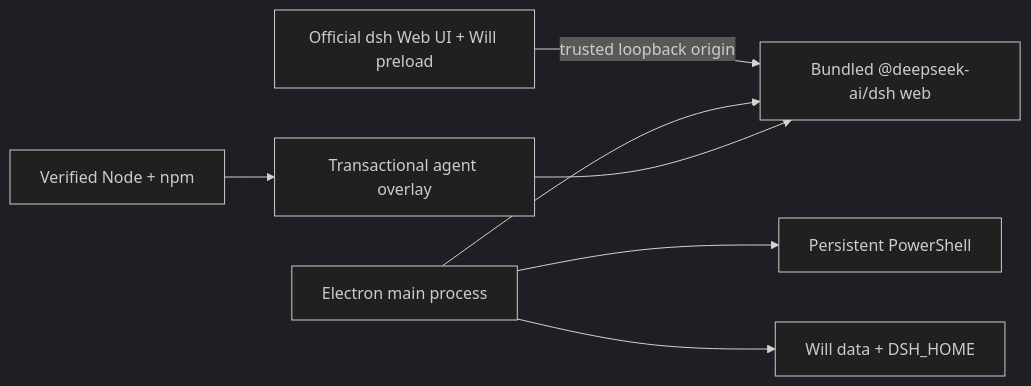
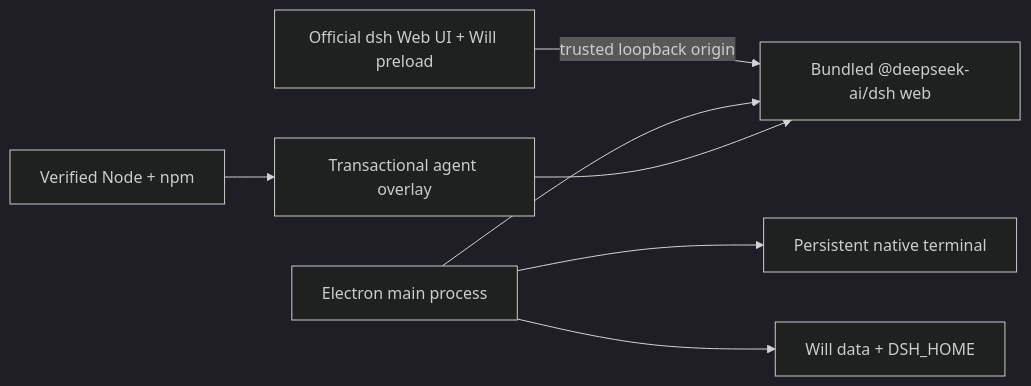
The diagram in README.md (vagaryyuofficial/DeepSeek-Harness-Will), drawn with Mermaid (dark theme) before and after one commit. The commit also changed other lines of this file and 19 other files, not shown here.

````diff
--- a/README.md
+++ b/README.md
@@ -35,9 +39,9 @@
 ```mermaid
 flowchart LR
   UI["Official dsh Web UI + Will preload"] -->|"trusted loopback origin"| DSH["Bundled @deepseek-ai/dsh web"]
   Electron["Electron main process"] --> DSH
-  Electron --> Terminal["Persistent PowerShell"]
+  Electron --> Terminal["Persistent native terminal"]
   Electron --> Data["Will data + DSH_HOME"]
   Runtime["Verified Node + npm"] --> Overlay["Transactional agent overlay"]
   Overlay --> DSH
 ```
````
